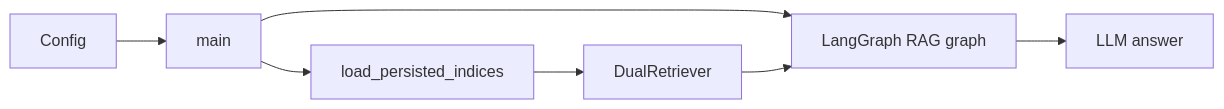
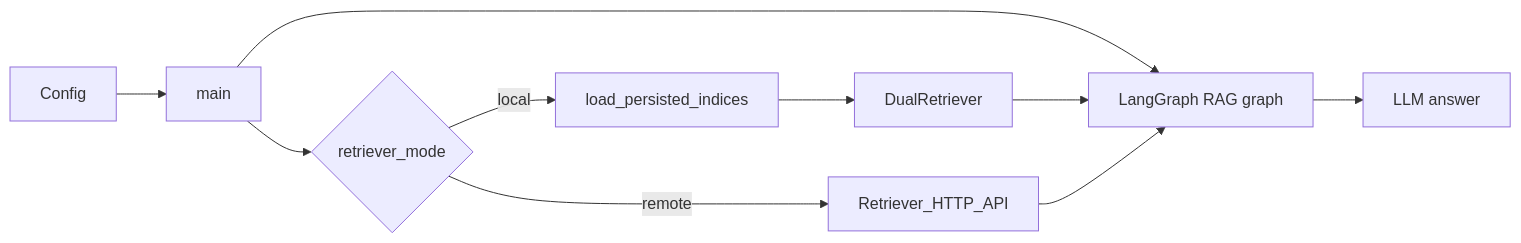
The diagram in docs/ARCHITECTURE.md (druv022/ETB-Project), drawn with Mermaid before and after one commit. The commit also changed other lines of this file and 25 other files, not shown here.

First line of the commit message:
Implement standalone retriever API with Docker support

````diff
--- a/docs/ARCHITECTURE.md
+++ b/docs/ARCHITECTURE.md
@@ -72,9 +78,12 @@
 ```mermaid
 flowchart LR
   Config[Config] --> Main[main]
-  Main --> LoadIndex[load_persisted_indices]
+  Main --> Mode{retriever_mode}
+  Mode -->|local| LoadIndex[load_persisted_indices]
   LoadIndex --> Retriever[DualRetriever]
+  Mode -->|remote| RetrieverAPI[Retriever_HTTP_API]
   Main --> LangGraphRAG["LangGraph RAG graph"]
   Retriever --> LangGraphRAG
+  RetrieverAPI --> LangGraphRAG
   LangGraphRAG --> LLMAnswer["LLM answer"]
 ```
````
